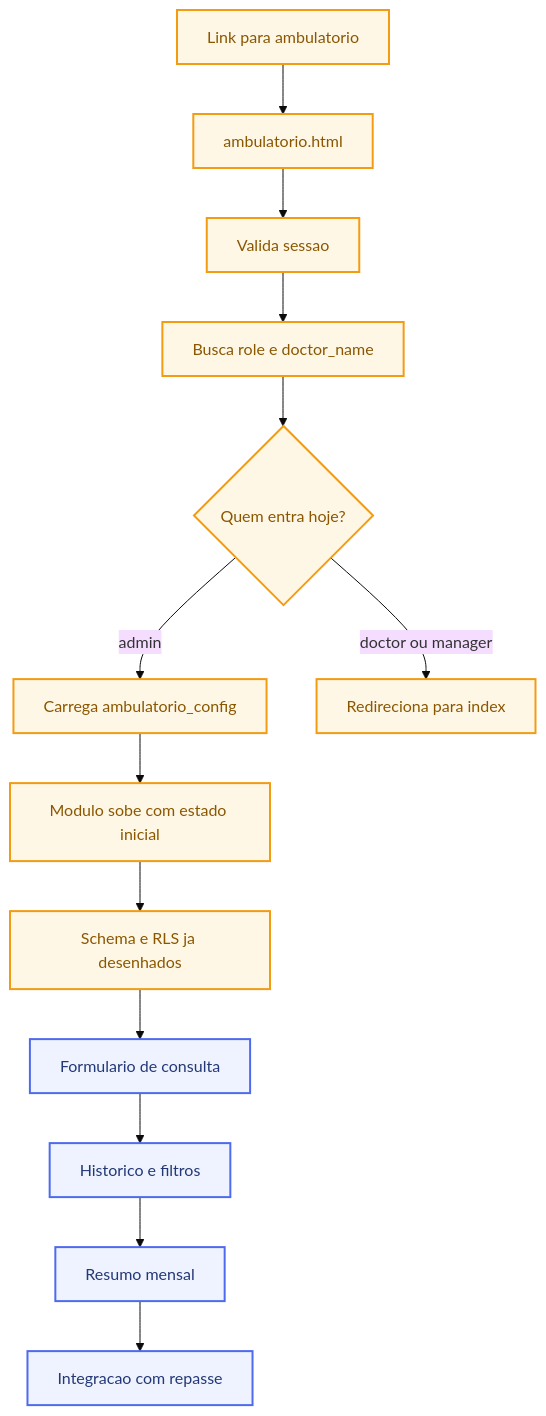
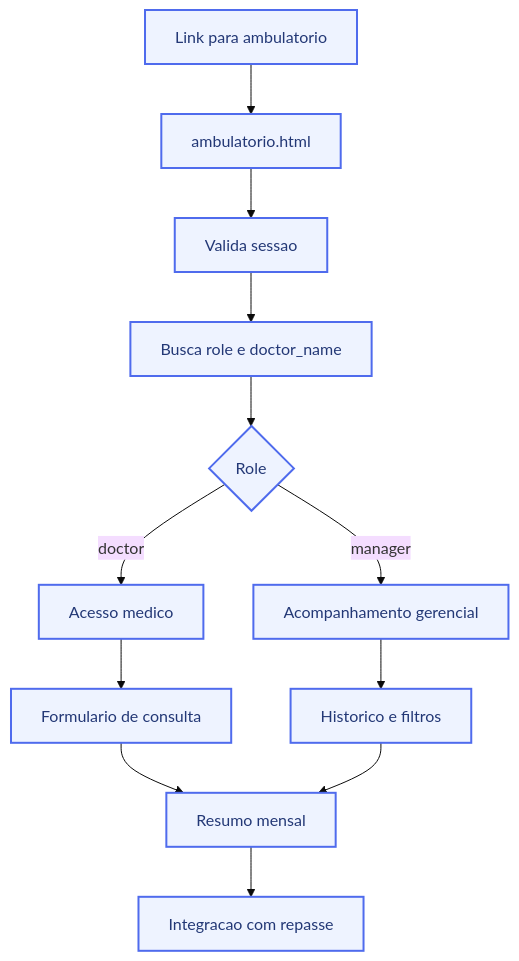
The third of 4 diagrams in docs/fluxograma-funcionamento-apphosp.md (igorgcampana/app-hosp), drawn with Mermaid (base theme) before and after one commit. The commit also changed other lines of this file and 1 other file, not shown here.

````diff
--- a/docs/fluxograma-funcionamento-apphosp.md
+++ b/docs/fluxograma-funcionamento-apphosp.md
@@ -100,23 +95,20 @@
 ```mermaid
 flowchart TD
     classDef atual fill:#e8f7ee,stroke:#2e7d32,color:#1b4332,stroke-width:2px;
-    classDef parcial fill:#fff7e6,stroke:#f39c12,color:#8a5700,stroke-width:2px;
     classDef planejado fill:#eef3ff,stroke:#4f6bed,color:#233876,stroke-width:2px;
 
     A[Link para ambulatorio] --> B[ambulatorio.html]
     B --> C[Valida sessao]
     C --> D[Busca role e doctor_name]
-    D --> E{Quem entra hoje?}
-    E -->|admin| F[Carrega ambulatorio_config]
-    E -->|doctor ou manager| G[Redireciona para index]
+    D --> E{Role}
+    E -->|doctor| F[Acesso medico]
+    E -->|manager| G[Acompanhamento gerencial]
 
-    F --> H[Modulo sobe com estado inicial]
-    H --> I[Schema e RLS ja desenhados]
-    I --> J[Formulario de consulta]
-    J --> K[Historico e filtros]
-    K --> L[Resumo mensal]
-    L --> M[Integracao com repasse]
+    F --> H[Formulario de consulta]
+    G --> I[Historico e filtros]
+    H --> J[Resumo mensal]
+    I --> J
+    J --> K[Integracao com repasse]
 
-    class A,B,C,D,E,F,G,H,I parcial;
-    class J,K,L,M planejado;
+    class A,B,C,D,E,F,G,H,I,J,K planejado;
 ```
````
